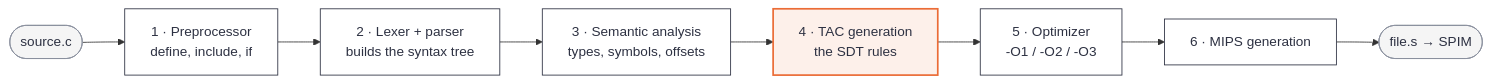
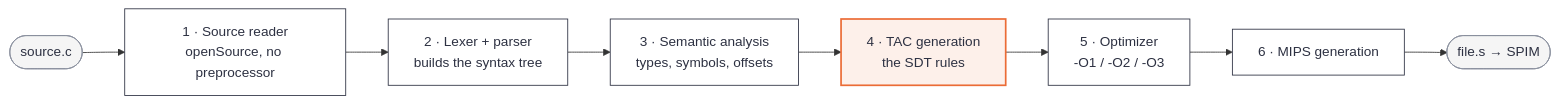
Before and after one commit to migikun474/COMPILER-DESIGN: the first of 14 diagrams in docs/TRANSLATION.md, drawn with Mermaid. The commit also changed other lines of this file and 1 other file, not shown here.

Commit message:
docs: TRANSLATION.md and SYMBOL_TABLE.md without destructors and the preprocessor

````diff
--- a/docs/TRANSLATION.md
+++ b/docs/TRANSLATION.md
@@ -37,17 +37,17 @@
 ```mermaid
 flowchart LR
-    SRC(["source.c"]) --> PP["1 · Preprocessor<br/>define, include, if"]
+    SRC(["source.c"]) --> PP["1 · Source reader<br/>openSource, no preprocessor"]
     PP --> PARSE["2 · Lexer + parser<br/>builds the syntax tree"]
     PARSE --> SEM["3 · Semantic analysis<br/>types, symbols, offsets"]
     SEM --> TAC["4 · TAC generation<br/>the SDT rules"]
     TAC --> OPT["5 · Optimizer<br/>-O1 / -O2 / -O3"]
     OPT --> MIPS["6 · MIPS generation"]
     MIPS --> OUT(["file.s → SPIM"])
 
     classDef pass fill:#ffffff,stroke:#2d3142,color:#2d3142
     classDef focal fill:#fdf0ea,stroke:#eb6c36,color:#2d3142,stroke-width:2px
     classDef io fill:#f5f5f5,stroke:#8a8f9e,color:#2d3142
     class PP,PARSE,SEM,OPT,MIPS pass
     class TAC focal
     class SRC,OUT io
 ```
````
